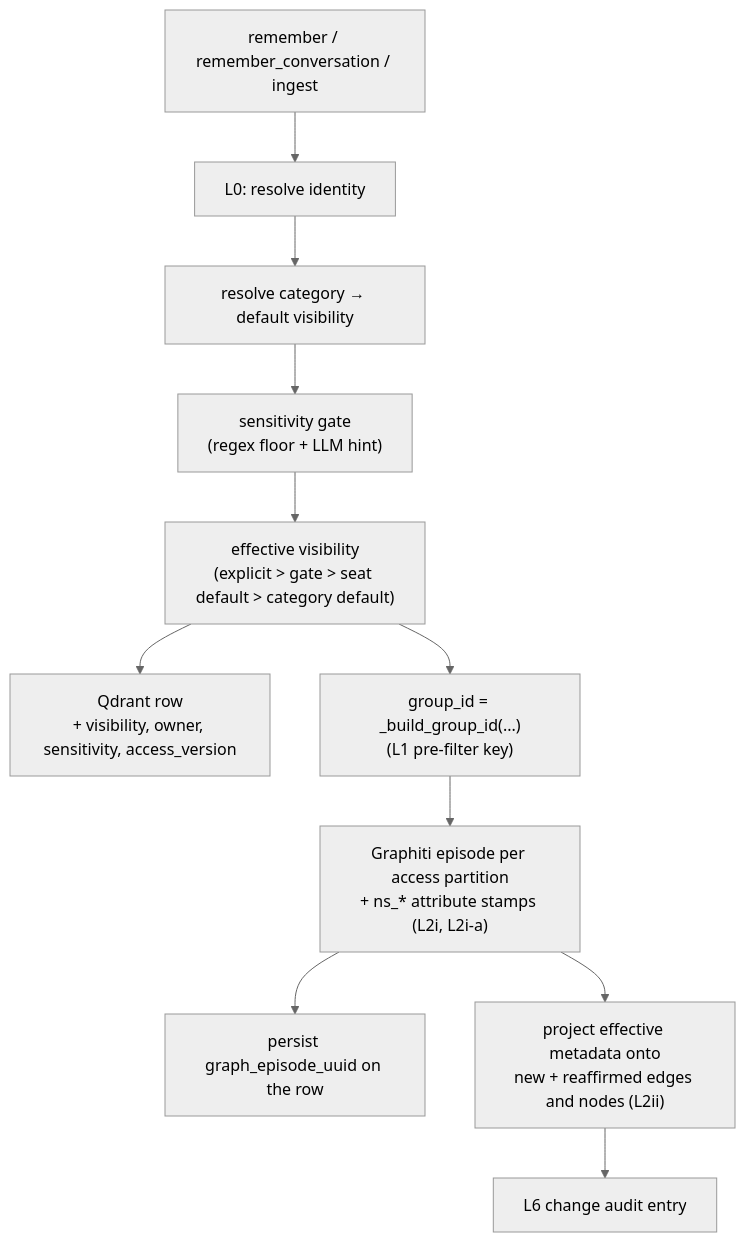
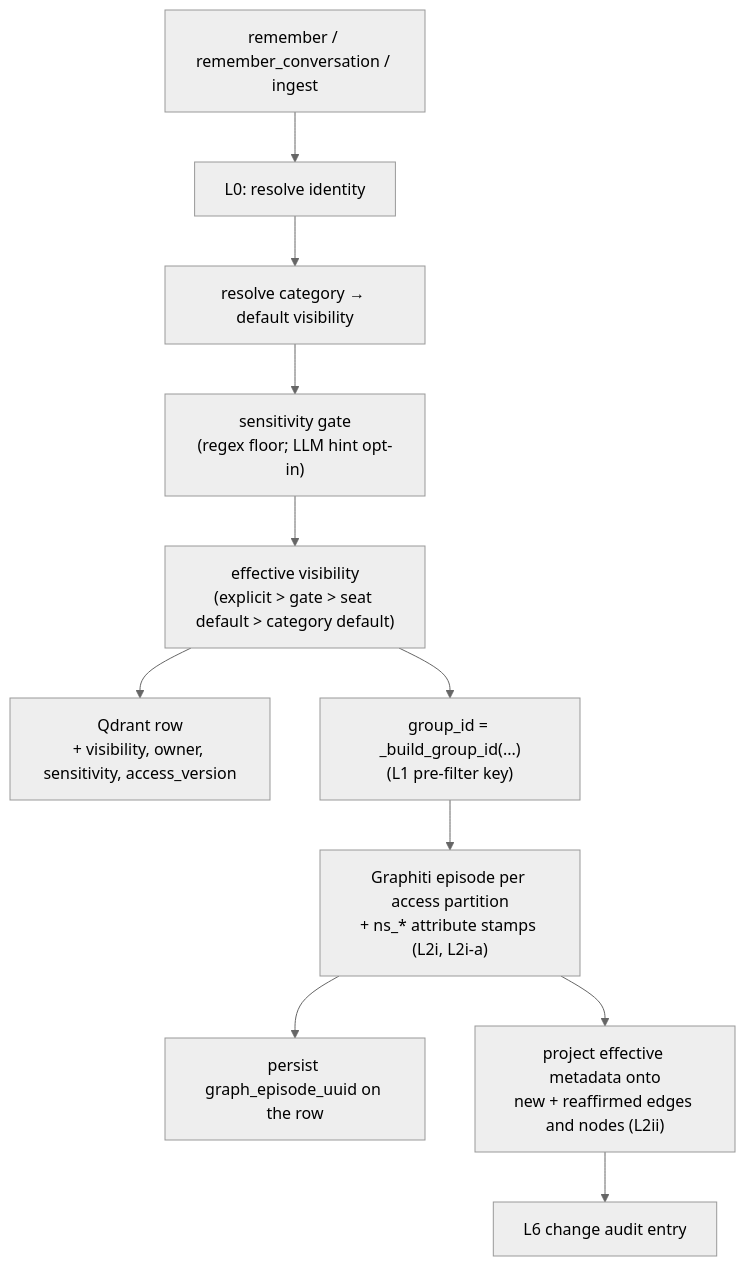
One commit to ehfazrezwan/neuralscape changed the sixth of 8 diagrams in docs/ACCESS_MODEL_V2.md. Above: the diagram before and after it, drawn with Mermaid (neutral theme). The commit also changed other lines of this file, not shown here.

````diff
--- a/docs/ACCESS_MODEL_V2.md
+++ b/docs/ACCESS_MODEL_V2.md
@@ -465,13 +464,13 @@
 ```mermaid
 flowchart TB
     W["remember / remember_conversation / ingest"] --> ID["L0: resolve identity"]
     ID --> CAT["resolve category → default visibility"]
-    CAT --> SENS["sensitivity gate<br/>(regex floor + LLM hint)"]
+    CAT --> SENS["sensitivity gate<br/>(regex floor; LLM hint opt-in)"]
     SENS --> VIS["effective visibility<br/>(explicit &gt; gate &gt; seat default &gt; category default)"]
     VIS --> ROW["Qdrant row<br/>+ visibility, owner, sensitivity, access_version"]
     VIS --> GID["group_id = _build_group_id(...)<br/>(L1 pre-filter key)"]
     GID --> EP["Graphiti episode per access partition<br/>+ ns_* attribute stamps (L2i, L2i-a)"]
     EP --> LINK["persist graph_episode_uuid on the row"]
     EP --> PROJ["project effective metadata onto<br/>new + reaffirmed edges and nodes (L2ii)"]
     PROJ --> AUD["L6 change audit entry"]
 ```
````
